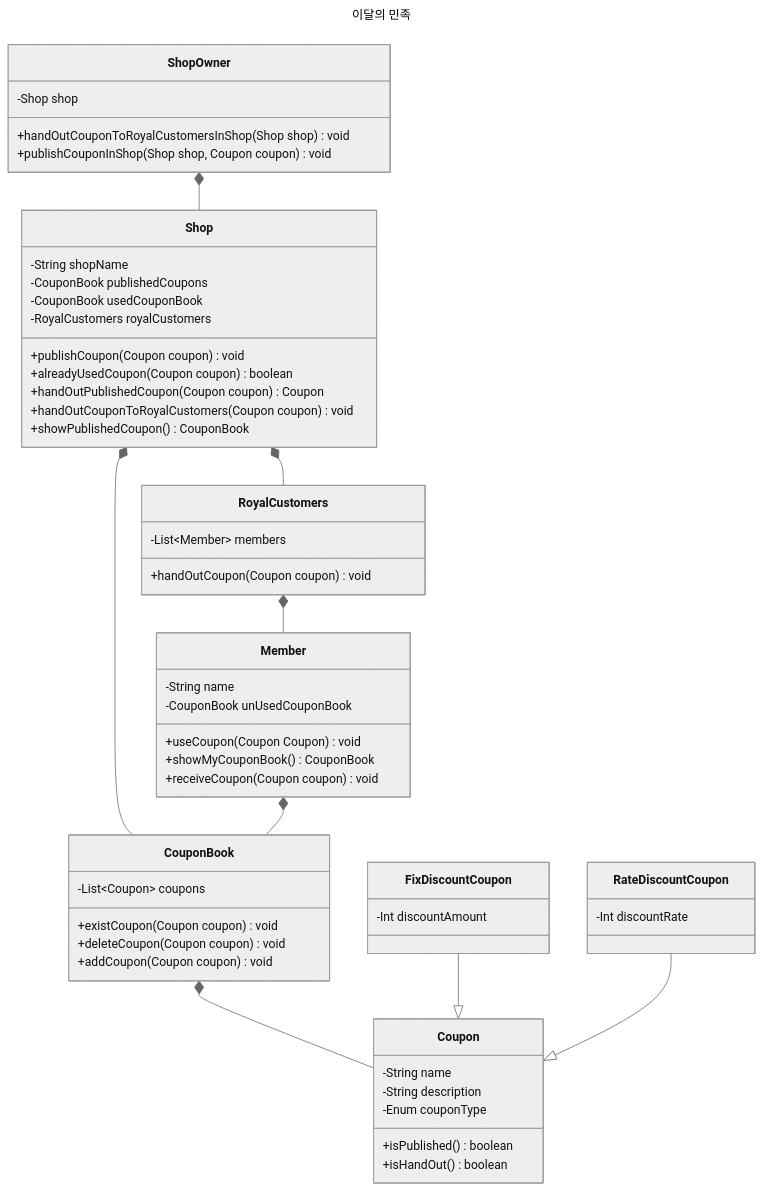
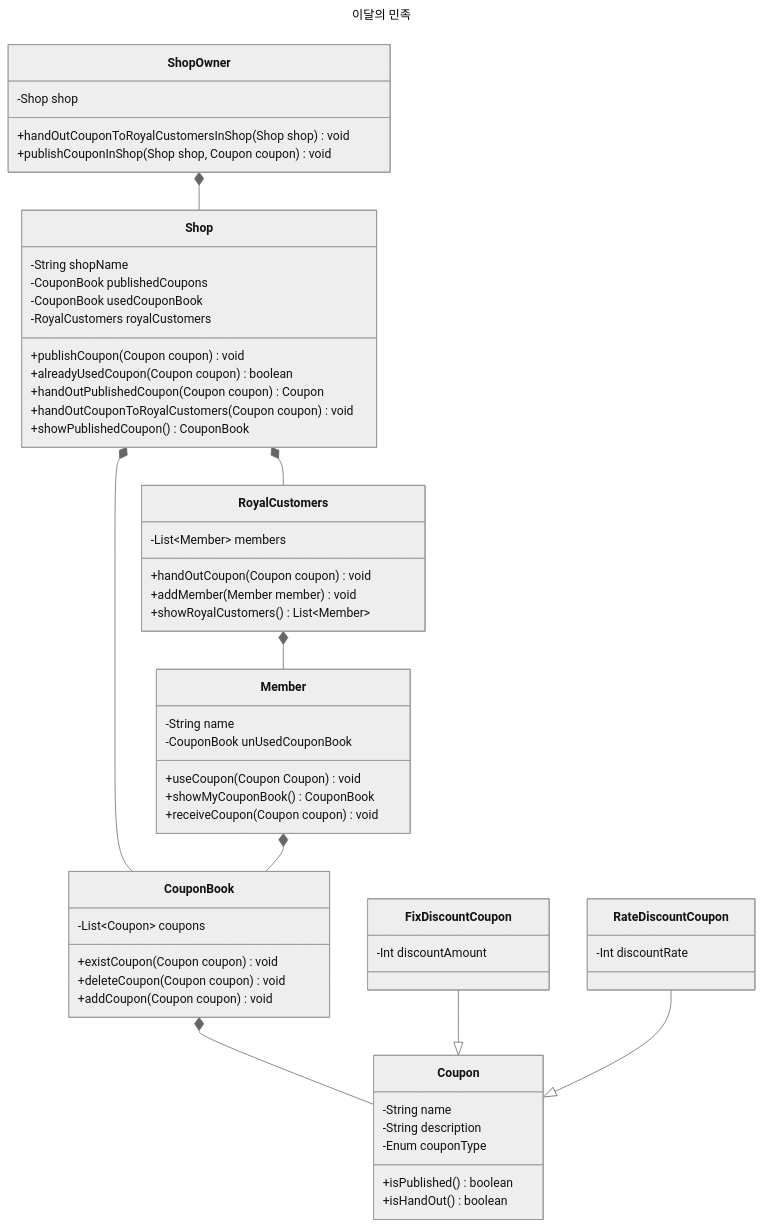
Before and after one commit to Exagonal-Study/est-delivery: the first of 2 diagrams in README.md, drawn with Mermaid (neutral theme). The commit also changed 2 other files, not shown here.

Commit message:
feature : royal customers 추가

````diff
--- a/README.md
+++ b/README.md
@@ -41,69 +41,71 @@
 ```mermaid
 ---
 title: 이달의 민족
 ---
 classDiagram
     Shop *-- CouponBook
     Shop *-- RoyalCustomers
     RoyalCustomers *-- Member
     Member *-- CouponBook
     CouponBook *-- Coupon
     FixDiscountCoupon --|> Coupon
     RateDiscountCoupon --|> Coupon
     ShopOwner *-- Shop
 
     class CouponBook{
 			-List~Coupon~ coupons
 			+existCoupon(Coupon coupon) void
 			+deleteCoupon(Coupon coupon) void
 			+addCoupon(Coupon coupon) void
     }
 
     class Coupon{
 			-String name
 			-String description
 			-Enum couponType
 			+isPublished() boolean
 			+isHandOut() boolean
     }
 
     class FixDiscountCoupon{
 			-Int discountAmount
     }
 
     class RateDiscountCoupon{
 			-Int discountRate
     }
 
     class Member{
 			-String name
 			-CouponBook unUsedCouponBook
 			+useCoupon(Coupon Coupon) void
 			+showMyCouponBook() CouponBook
 			+receiveCoupon(Coupon coupon) void
     }
 
 		class ShopOwner{
 			-Shop shop
 			+handOutCouponToRoyalCustomersInShop(Shop shop) void
 			+publishCouponInShop(Shop shop, Coupon coupon) void
 		}
 
 		class Shop{
 			-String shopName
 			-CouponBook publishedCoupons
 			-CouponBook usedCouponBook
 			-RoyalCustomers royalCustomers
 			+publishCoupon(Coupon coupon) void
 			+alreadyUsedCoupon(Coupon coupon) boolean
 			+handOutPublishedCoupon(Coupon coupon) Coupon
 			+handOutCouponToRoyalCustomers(Coupon coupon) void
 			+showPublishedCoupon() CouponBook
 		}
 
 		class RoyalCustomers{
 			-List~Member~ members
 			+handOutCoupon(Coupon coupon) void
+			+addMember(Member member) void
+			+showRoyalCustomers() List~Member~
 		}
 
 ```
````
